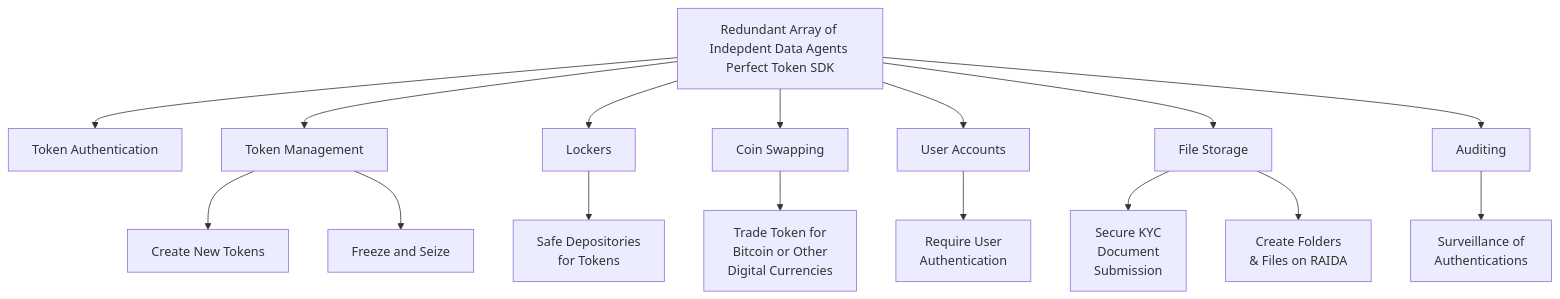
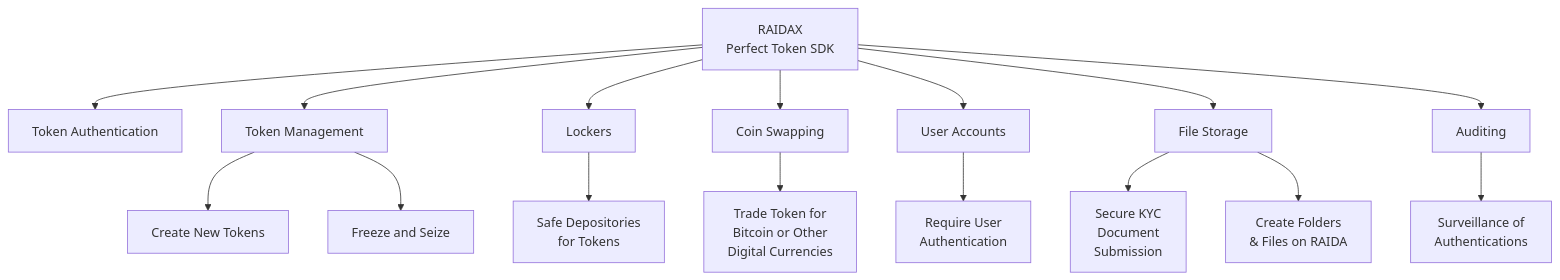
Before and after one commit to worthingtonse/Scopeofwork: the diagram in Whitepaper.md, drawn with Mermaid. The commit also changed other lines of this file, not shown here.

````diff
--- a/Whitepaper.md
+++ b/Whitepaper.md
@@ -26,25 +26,25 @@
 ```mermaid
 graph TD
-    A[Redundant Array of Indepdent Data Agents <br>Perfect Token SDK] --> B[Token Authentication]
+    A[RAIDAX<br>Perfect Token SDK] --> B[Token Authentication]
     A --> C[Token Management]
     A --> D[Lockers]
     A --> E[Coin Swapping]
     A --> F[User Accounts]
     A --> G[File Storage]
     A --> I[Auditing]
     
     C --> C1[Create New Tokens]
     C --> C2[Freeze and Seize]
     
     D --> D1[Safe Depositories<br>for Tokens]
     
     E --> E1[Trade Token for<br>Bitcoin or Other<br>Digital Currencies]
     
     F --> F1[Require User<br>Authentication]
     
     G --> G1[Secure KYC<br>Document <br>Submission]
     G --> G2[Create Folders <br>& Files on RAIDA]
     
     I --> I1[Surveillance of<br>Authentications]
     
 ```
````
